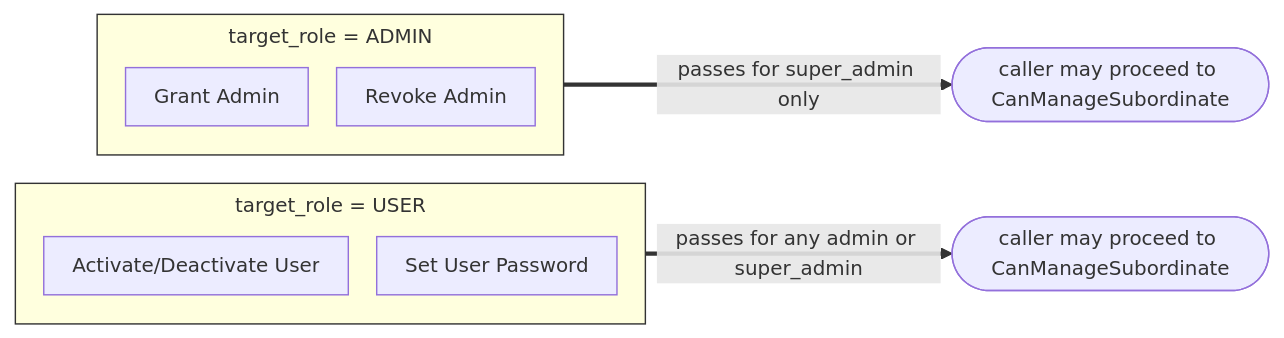
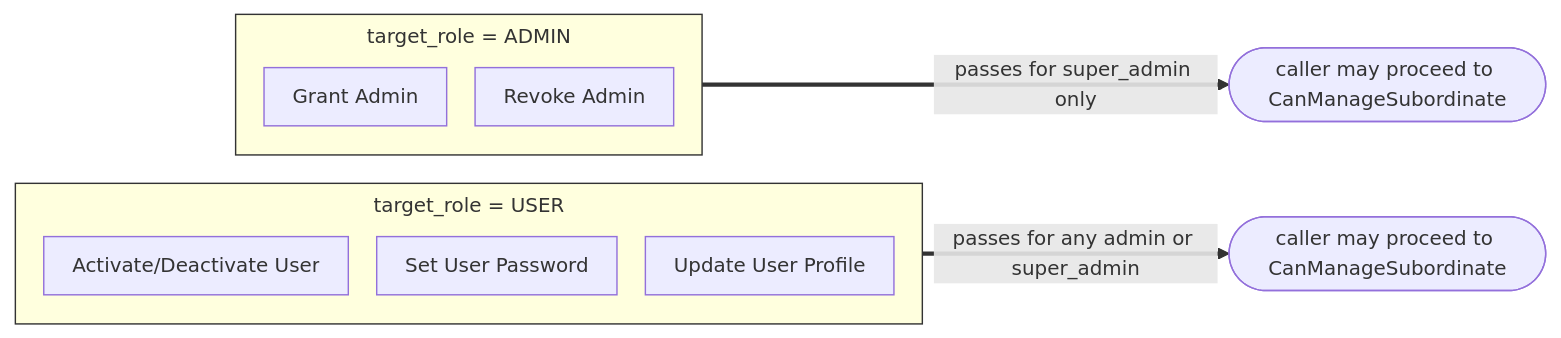
Before and after one commit to Kgotso-Koete/fastapi-clean-example: the second of 2 diagrams in docs/wiki/content/use-case-examples/users-grant-admin.md, drawn with Mermaid. The commit also changed 57 other files, not shown here.

Commit message:
feat(profiles): add profile editing with user descriptions, self-service and admin edits (v0.19.0) (#17)

````diff
--- a/docs/wiki/content/use-case-examples/users-grant-admin.md
+++ b/docs/wiki/content/use-case-examples/users-grant-admin.md
@@ -69,18 +69,19 @@
     ```mermaid
     %%{init: {"theme": "default", "themeVariables": {"fontSize": "14px"}, "flowchart": {"nodeSpacing": 20, "rankSpacing": 16, "padding": 10, "subGraphTitleMargin": {"top": 5, "bottom": 12}, "useMaxWidth": false}}}%%
     flowchart LR
         subgraph target_user["target_role = USER"]
             activate["Activate/Deactivate User"]
             setpw["Set User Password"]
+            editprofile["Update User Profile"]
         end
         subgraph target_admin["target_role = ADMIN"]
             grant["Grant Admin"]
             revoke["Revoke Admin"]
         end
         target_user -->|passes for any admin or super_admin| ok1(["caller may proceed to CanManageSubordinate"])
         target_admin -->|passes for super_admin only| ok2(["caller may proceed to CanManageSubordinate"])
 
         linkStyle default stroke-width:3px,stroke:#333333
         style target_user stroke-width:1px,stroke:#333333
         style target_admin stroke-width:1px,stroke:#333333
     ```
````
